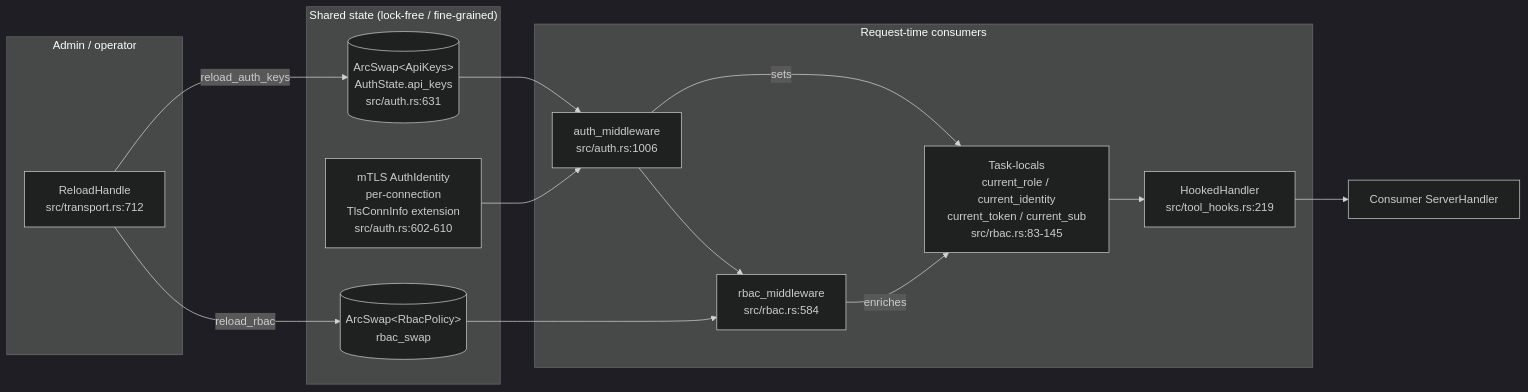
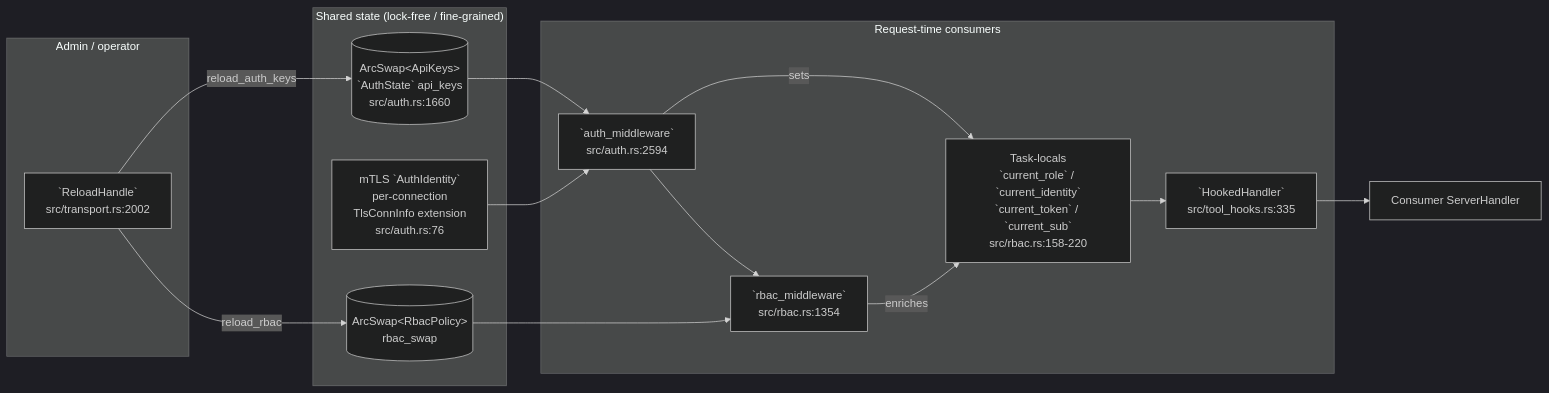
Before and after one commit to andrico21/rmcp-server-kit: the third of 4 diagrams in docs/MINDMAP.md, drawn with Mermaid (dark theme). The commit also changed other lines of this file and 4 other files, not shown here.

````diff
--- a/docs/MINDMAP.md
+++ b/docs/MINDMAP.md
@@ -332,31 +332,31 @@
 ```mermaid
 flowchart LR
     subgraph Admin["Admin / operator"]
-        RH[ReloadHandle<br/>src/transport.rs:712]
+        RH[`ReloadHandle`<br/>src/transport.rs:2002]
     end
 
     subgraph SharedState["Shared state (lock-free / fine-grained)"]
-        AKS[(ArcSwap&lt;ApiKeys&gt;<br/>AuthState.api_keys<br/>src/auth.rs:631)]
+        AKS[(ArcSwap&lt;ApiKeys&gt;<br/>`AuthState` api_keys<br/>src/auth.rs:1660)]
         RBS[(ArcSwap&lt;RbacPolicy&gt;<br/>rbac_swap)]
-        MTL[mTLS AuthIdentity<br/>per-connection<br/>TlsConnInfo extension<br/>src/auth.rs:602-610]
+        MTL[mTLS `AuthIdentity`<br/>per-connection<br/>TlsConnInfo extension<br/>src/auth.rs:76]
     end
 
     subgraph Hot["Request-time consumers"]
-        AM[auth_middleware<br/>src/auth.rs:1006]
-        BM[rbac_middleware<br/>src/rbac.rs:584]
-        TL["Task-locals<br/>current_role / current_identity<br/>current_token / current_sub<br/>src/rbac.rs:83-145"]
-        TH[HookedHandler<br/>src/tool_hooks.rs:219]
+        AM[`auth_middleware`<br/>src/auth.rs:2594]
+        BM[`rbac_middleware`<br/>src/rbac.rs:1354]
+        TL["Task-locals<br/>`current_role` / `current_identity`<br/>`current_token` / `current_sub`<br/>src/rbac.rs:158-220"]
+        TH[`HookedHandler`<br/>src/tool_hooks.rs:335]
     end
 
     RH -- reload_auth_keys --> AKS
     RH -- reload_rbac --> RBS
 
     AKS --> AM
     MTL --> AM
     AM -- sets --> TL
     AM --> BM
     RBS --> BM
     BM -- enriches --> TL
     TL --> TH
     TH --> Consumer[Consumer ServerHandler]
 ```
````
